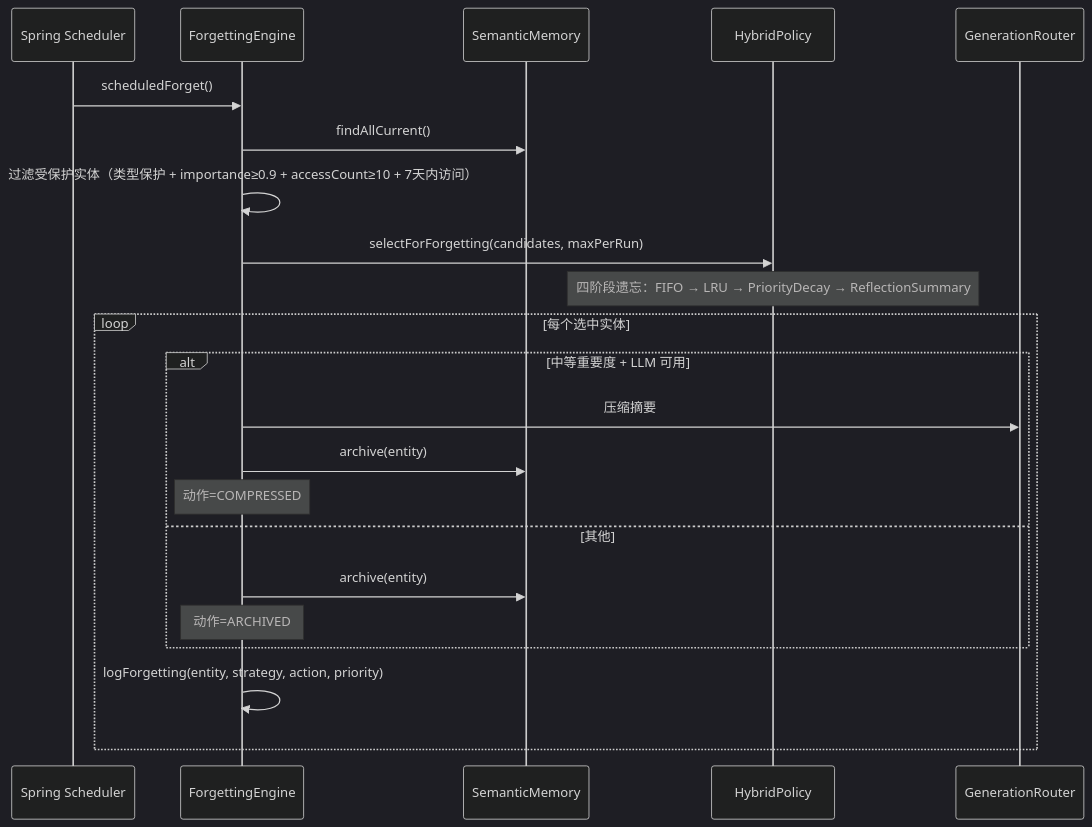
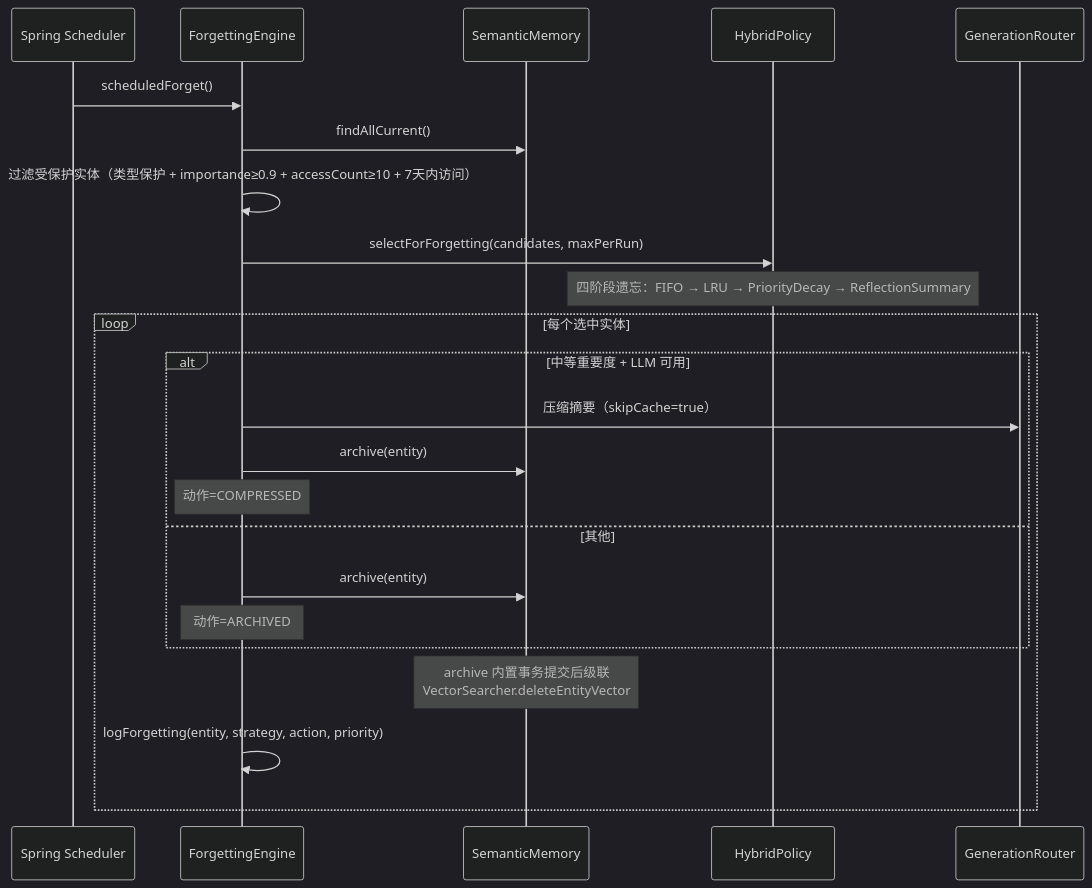
The third of 3 diagrams in docs/architecture/memory-advanced.md (ntygod/LifePilot), drawn with Mermaid (dark theme) before and after one commit. The commit also changed other lines of this file and 13 other files, not shown here.

````diff
--- a/docs/architecture/memory-advanced.md
+++ b/docs/architecture/memory-advanced.md
@@ -213,27 +215,28 @@
 ```mermaid
 sequenceDiagram
     participant SCH as Spring Scheduler
     participant FE as ForgettingEngine
     participant SM as SemanticMemory
     participant HP as HybridPolicy
     participant LLM as GenerationRouter
 
     SCH->>FE: scheduledForget()
     FE->>SM: findAllCurrent()
     FE->>FE: 过滤受保护实体（类型保护 + importance≥0.9 + accessCount≥10 + 7天内访问）
 
     FE->>HP: selectForForgetting(candidates, maxPerRun)
     Note over HP: 四阶段遗忘：FIFO → LRU → PriorityDecay → ReflectionSummary
 
     loop 每个选中实体
         alt 中等重要度 + LLM 可用
-            FE->>LLM: 压缩摘要
+            FE->>LLM: 压缩摘要（skipCache=true）
             FE->>SM: archive(entity)
             Note over FE: 动作=COMPRESSED
         else 其他
             FE->>SM: archive(entity)
             Note over FE: 动作=ARCHIVED
         end
+        Note over SM: archive 内置事务提交后级联<br/>VectorSearcher.deleteEntityVector
         FE->>FE: logForgetting(entity, strategy, action, priority)
     end
 ```
````
